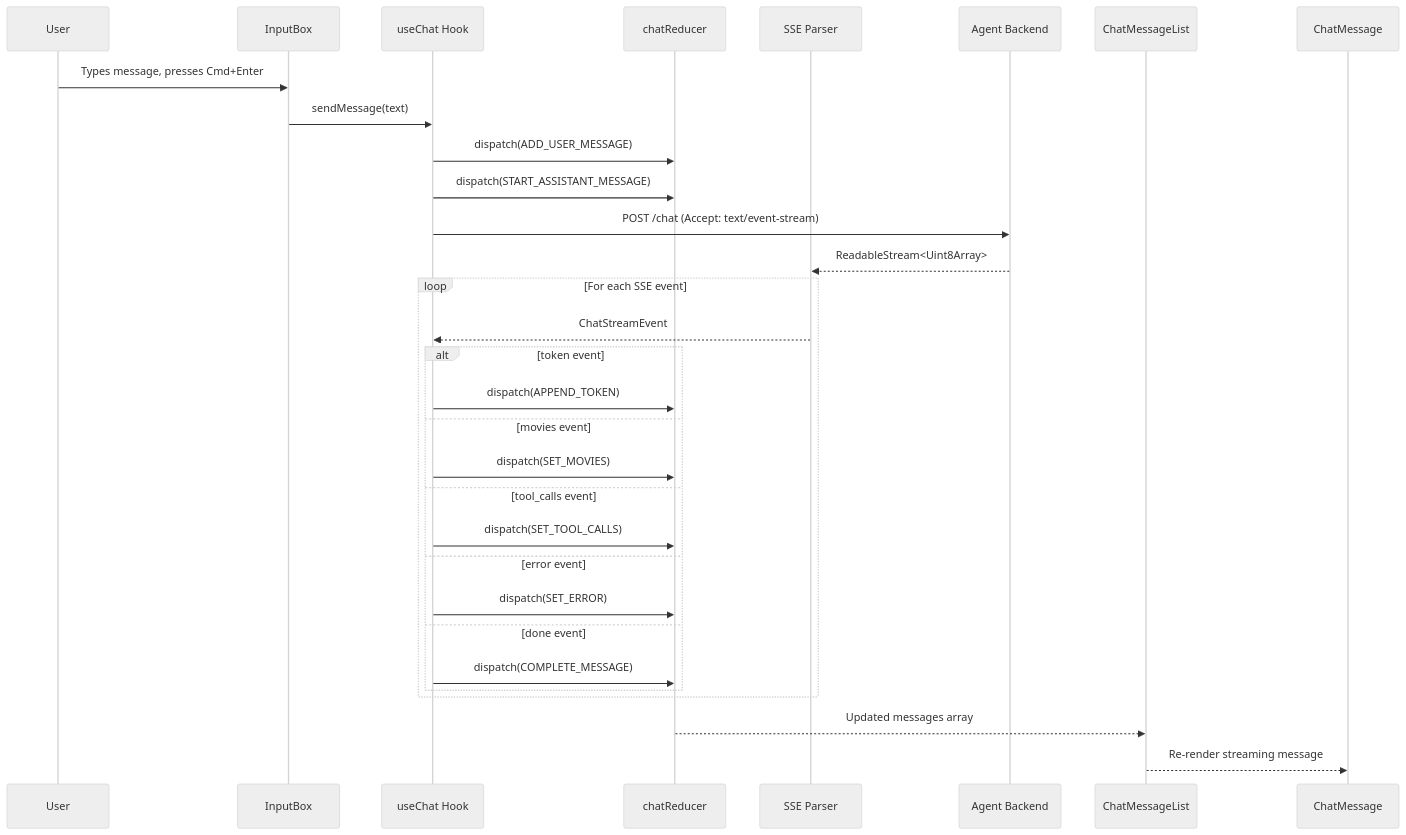
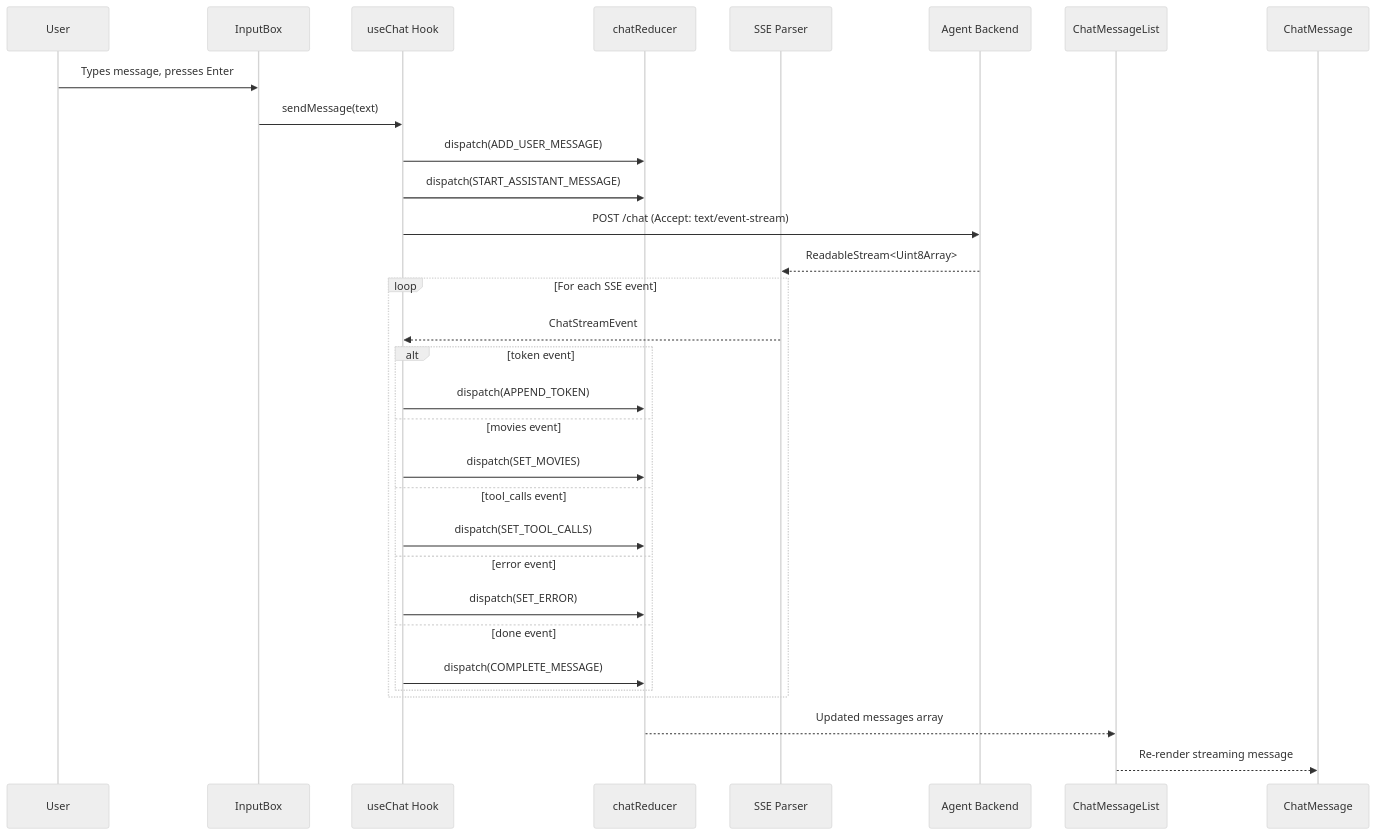
One commit to anadidewan/movie-agent-mcp changed the second of 5 diagrams in .kiro/specs/chat-frontend/design.md. Above: the diagram before and after it, drawn with Mermaid (neutral theme). The commit also changed other lines of this file and 11 other files, not shown here.

````diff
--- a/.kiro/specs/chat-frontend/design.md
+++ b/.kiro/specs/chat-frontend/design.md
@@ -63,35 +63,35 @@
 ```mermaid
 sequenceDiagram
     participant User
     participant InputBox
     participant useChat as useChat Hook
     participant Reducer as chatReducer
     participant SSEParser as SSE Parser
     participant Backend as Agent Backend
 
-    User->>InputBox: Types message, presses Cmd+Enter
+    User->>InputBox: Types message, presses Enter
     InputBox->>useChat: sendMessage(text)
     useChat->>Reducer: dispatch(ADD_USER_MESSAGE)
     useChat->>Reducer: dispatch(START_ASSISTANT_MESSAGE)
     useChat->>Backend: POST /chat (Accept: text/event-stream)
     Backend-->>SSEParser: ReadableStream<Uint8Array>
 
     loop For each SSE event
         SSEParser-->>useChat: ChatStreamEvent
 
         alt token event
             useChat->>Reducer: dispatch(APPEND_TOKEN)
         else movies event
             useChat->>Reducer: dispatch(SET_MOVIES)
         else tool_calls event
             useChat->>Reducer: dispatch(SET_TOOL_CALLS)
         else error event
             useChat->>Reducer: dispatch(SET_ERROR)
         else done event
             useChat->>Reducer: dispatch(COMPLETE_MESSAGE)
         end
     end
 
     Reducer-->>ChatMessageList: Updated messages array
     ChatMessageList-->>ChatMessage: Re-render streaming message
 ```
````
